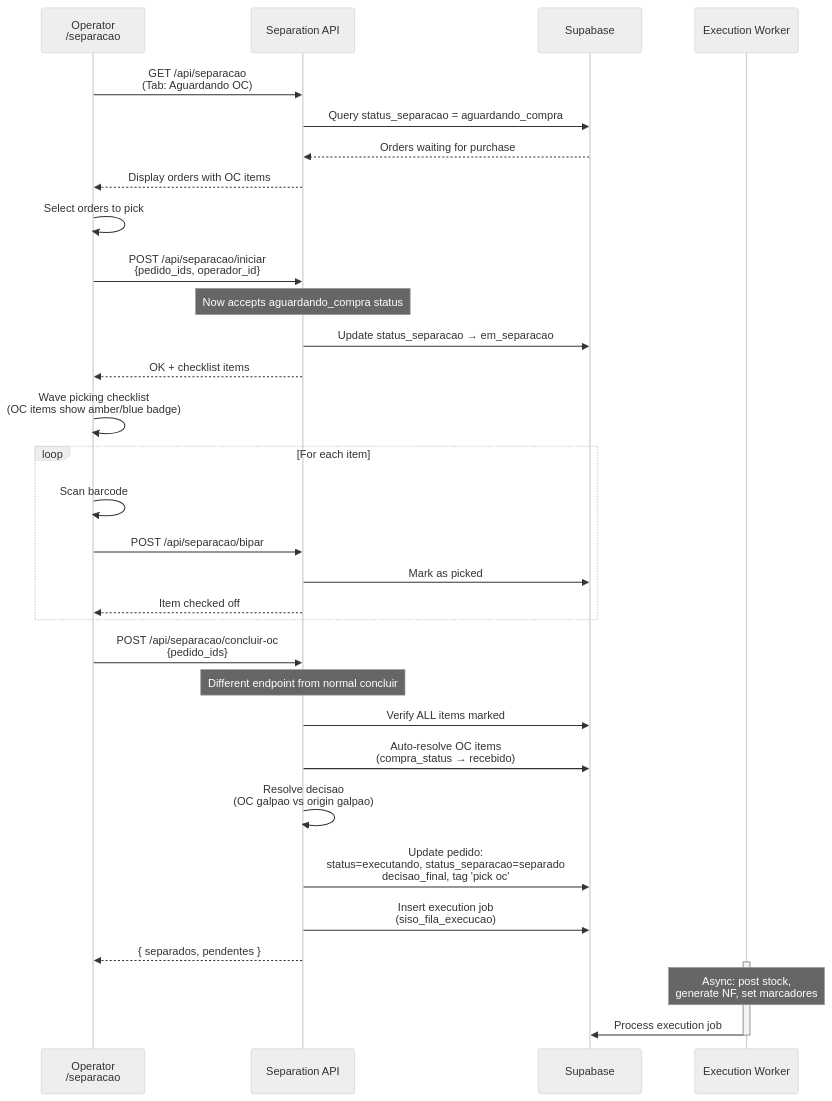
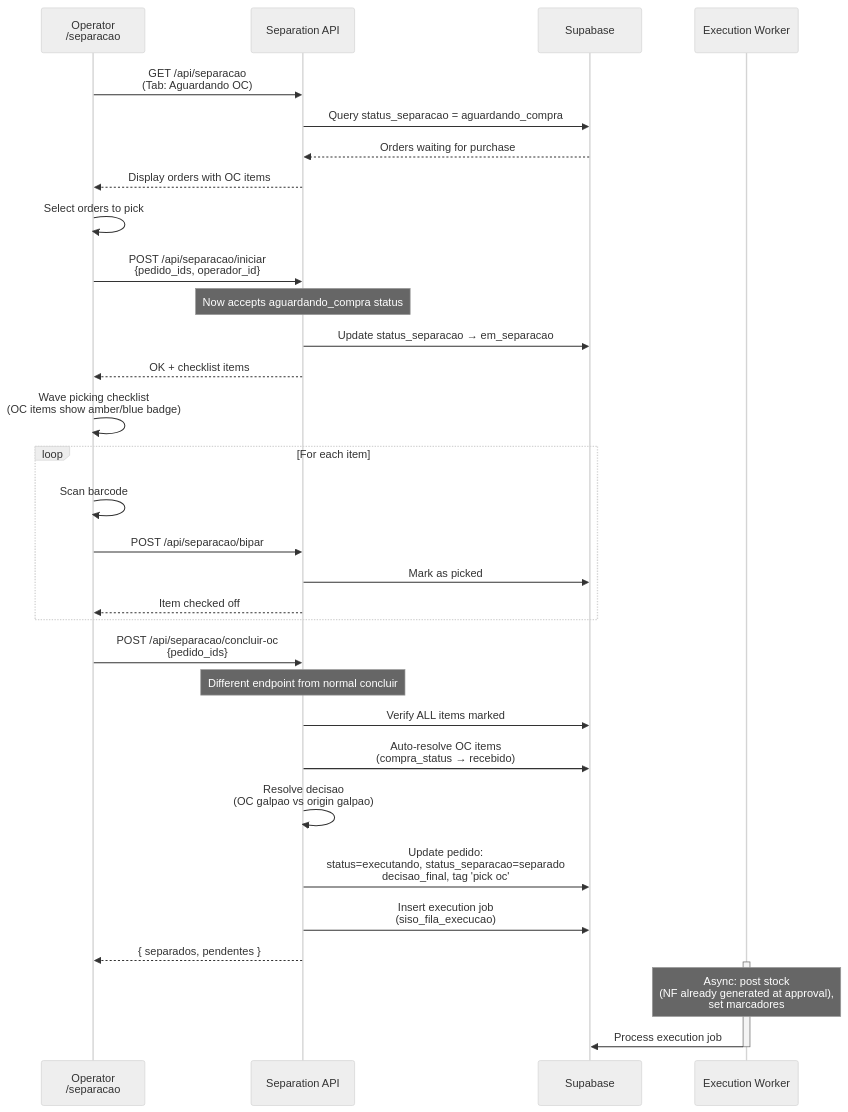
Before and after one commit to Eryk-dev/estoquelever: diagram 14 of 28 in docs/architecture-and-flows.md, drawn with Mermaid (neutral theme). The commit also changed other lines of this file and 4 other files, not shown here.

````diff
--- a/docs/architecture-and-flows.md
+++ b/docs/architecture-and-flows.md
@@ -701,41 +703,41 @@
 ```mermaid
 sequenceDiagram
     participant Op as Operator<br/>/separacao
     participant API as Separation API
     participant DB as Supabase
     participant Worker as Execution Worker
 
     Op->>API: GET /api/separacao<br/>(Tab: Aguardando OC)
     API->>DB: Query status_separacao = aguardando_compra
     DB-->>API: Orders waiting for purchase
     API-->>Op: Display orders with OC items
 
     Op->>Op: Select orders to pick
     Op->>API: POST /api/separacao/iniciar<br/>{pedido_ids, operador_id}
     Note over API: Now accepts aguardando_compra status
     API->>DB: Update status_separacao → em_separacao
     API-->>Op: OK + checklist items
 
     Op->>Op: Wave picking checklist<br/>(OC items show amber/blue badge)
     loop For each item
         Op->>Op: Scan barcode
         Op->>API: POST /api/separacao/bipar
         API->>DB: Mark as picked
         API-->>Op: Item checked off
     end
 
     Op->>API: POST /api/separacao/concluir-oc<br/>{pedido_ids}
     Note over API: Different endpoint from normal concluir
 
     API->>DB: Verify ALL items marked
     API->>DB: Auto-resolve OC items<br/>(compra_status → recebido)
     API->>API: Resolve decisao<br/>(OC galpao vs origin galpao)
     API->>DB: Update pedido:<br/>status=executando, status_separacao=separado<br/>decisao_final, tag 'pick oc'
     API->>DB: Insert execution job<br/>(siso_fila_execucao)
     API-->>Op: { separados, pendentes }
 
     activate Worker
-    Note over Worker: Async: post stock,<br/>generate NF, set marcadores
+    Note over Worker: Async: post stock<br/>(NF already generated at approval),<br/>set marcadores
     Worker->>DB: Process execution job
     deactivate Worker
 ```
````
